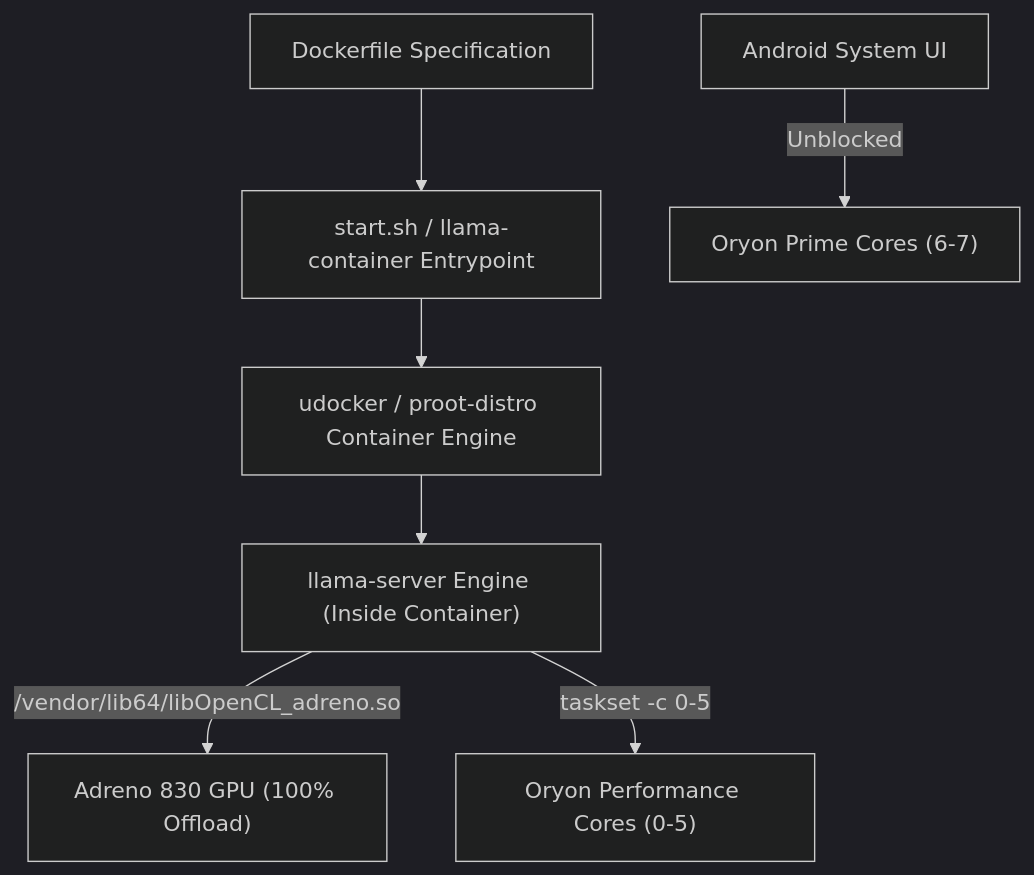
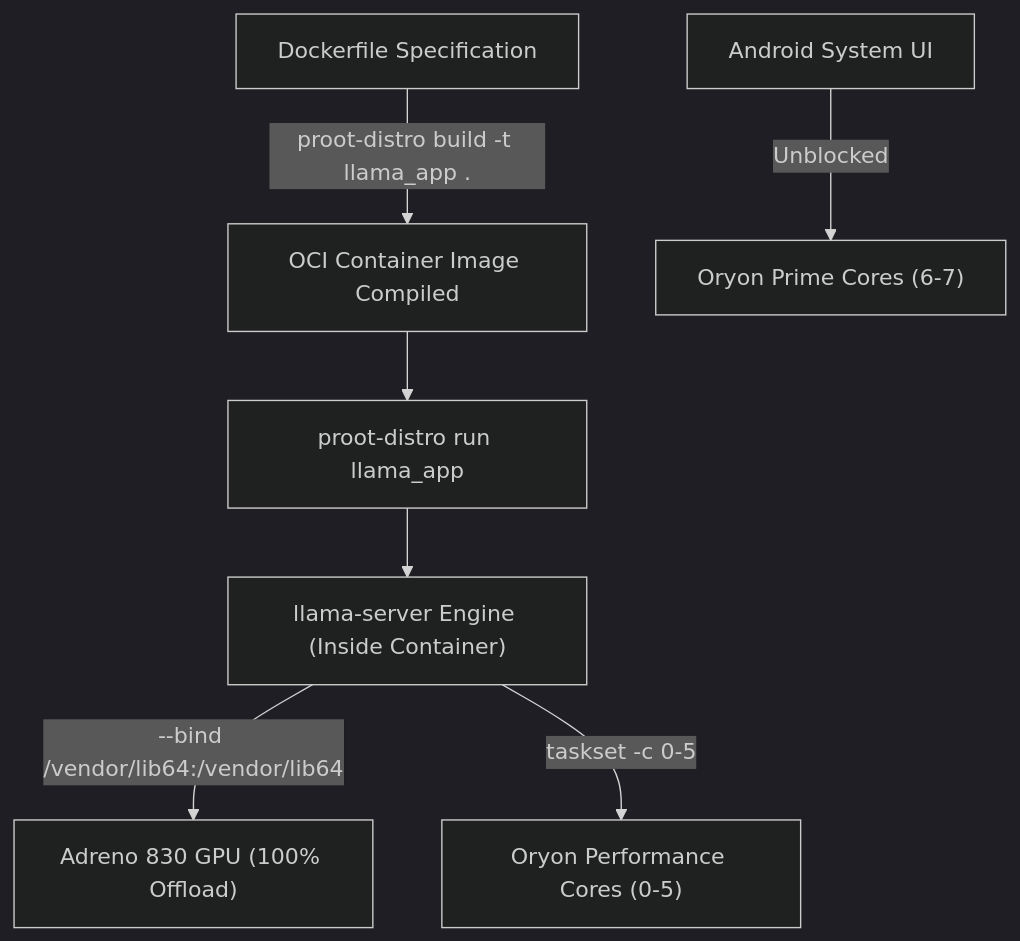
Before and after one commit to mateusoro/llama-android-container: the diagram in README.md, drawn with Mermaid (dark theme). The commit also changed other lines of this file, not shown here.

Commit message:
Document native proot-distro build OCI Dockerfile compilation engine

````diff
--- a/README.md
+++ b/README.md
@@ -30,9 +28,9 @@
 ```mermaid
 graph TD
-    A["Dockerfile Specification"] --> B["start.sh / llama-container Entrypoint"]
-    B --> C["udocker / proot-distro Container Engine"]
+    A["Dockerfile Specification"] -->|proot-distro build -t llama_app .| B["OCI Container Image Compiled"]
+    B --> C["proot-distro run llama_app"]
     C --> D["llama-server Engine (Inside Container)"]
-    D -->|"/vendor/lib64/libOpenCL_adreno.so"| E["Adreno 830 GPU (100% Offload)"]
+    D -->|"--bind /vendor/lib64:/vendor/lib64"| E["Adreno 830 GPU (100% Offload)"]
     D -->|"taskset -c 0-5"| F["Oryon Performance Cores (0-5)"]
     G["Android System UI"] -->|Unblocked| H["Oryon Prime Cores (6-7)"]
 ```
````
